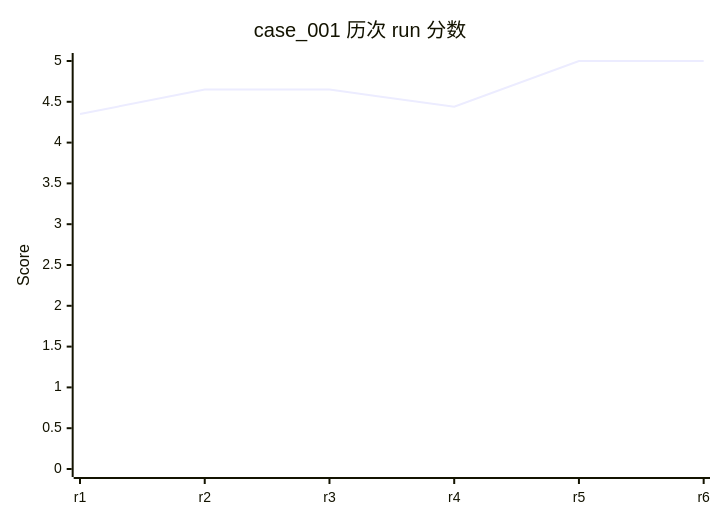
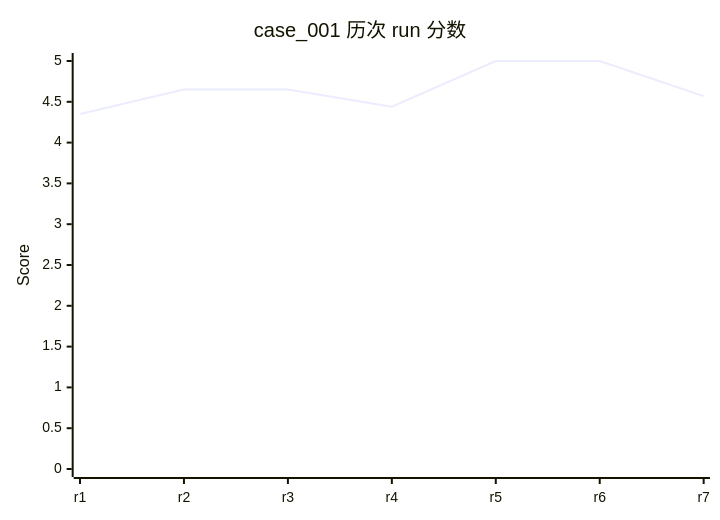
Before and after one commit to rushengzhou/sid-code: the eighth of 58 diagrams in evals/DASHBOARD.md, drawn with Mermaid. The commit also changed other lines of this file and 53 other files, not shown here.

````diff
--- a/evals/DASHBOARD.md
+++ b/evals/DASHBOARD.md
@@ -244,7 +245,7 @@
 ```mermaid
 xychart-beta
     title "case_001 历次 run 分数"
-    x-axis [r1, r2, r3, r4, r5, r6]
+    x-axis [r1, r2, r3, r4, r5, r6, r7]
     y-axis "Score" 0 --> 5
-    line [4.35, 4.65, 4.65, 4.44, 5.00, 5.00]
+    line [4.35, 4.65, 4.65, 4.44, 5.00, 5.00, 4.57]
 ```
````
